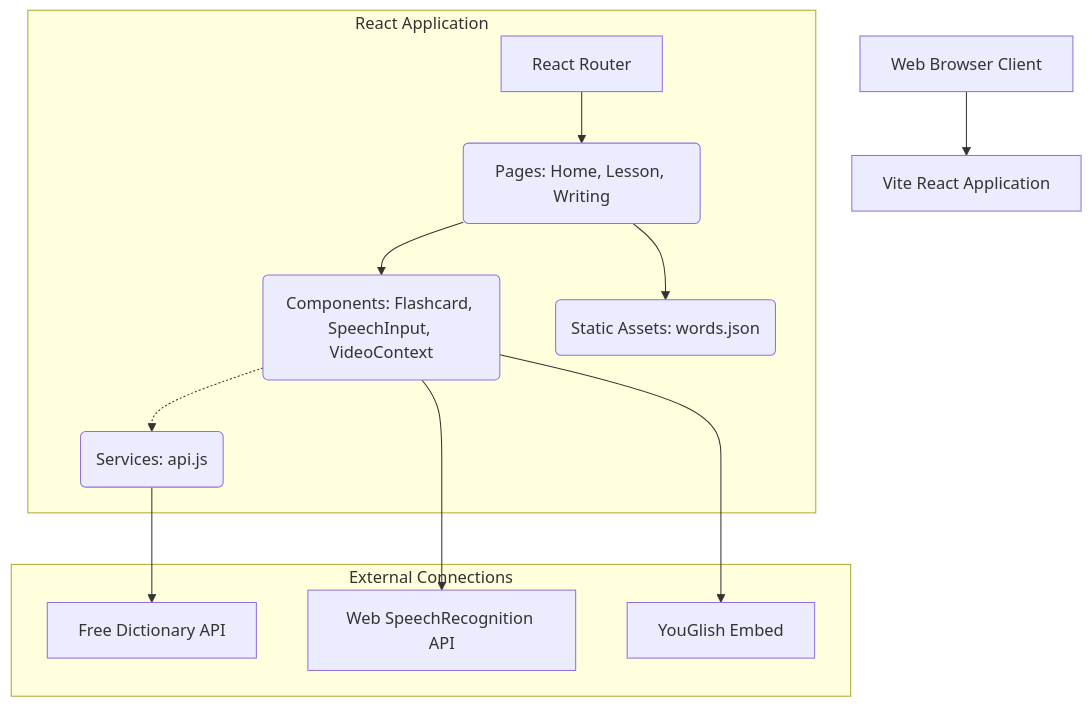
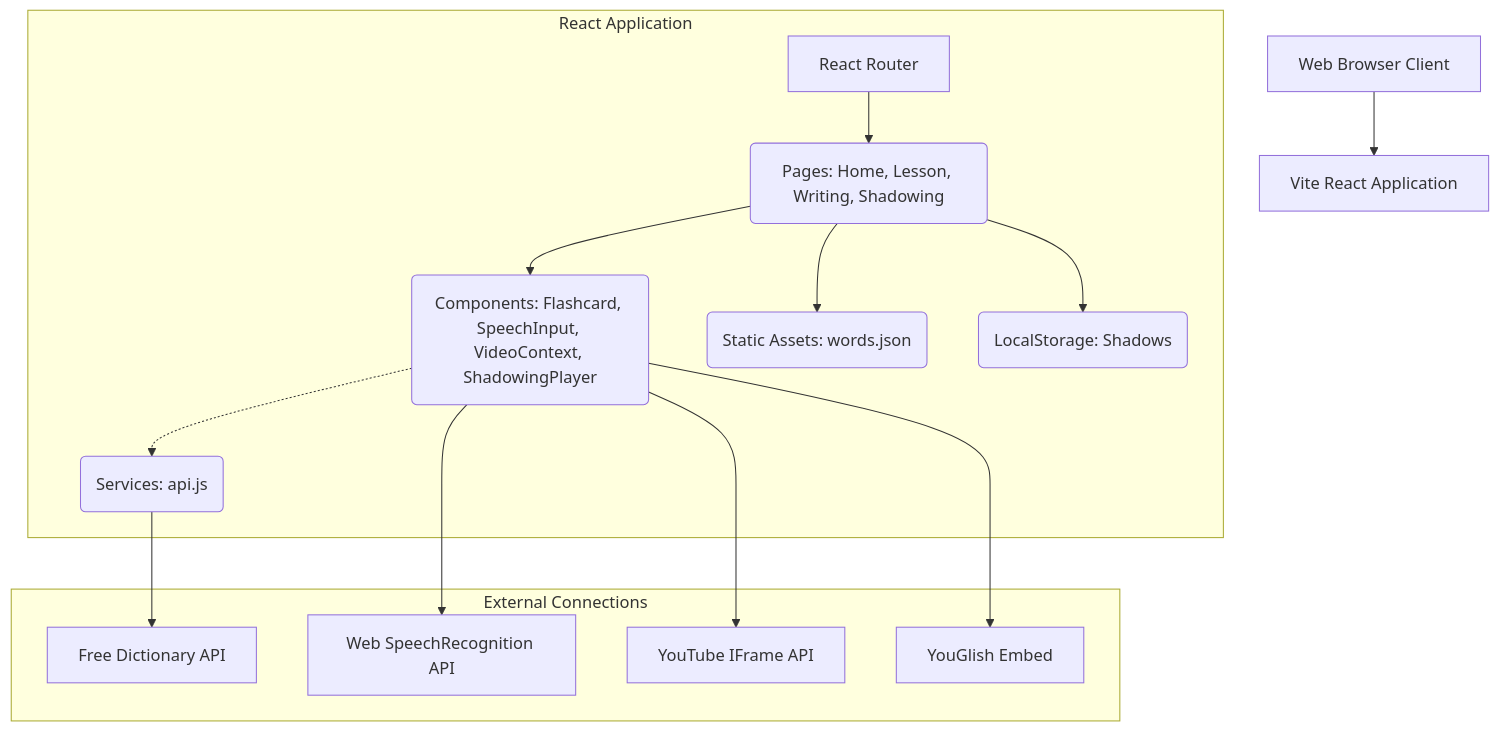
The diagram in docs/system-architecture.md (Sotatek-HienNguyen/Anti-greeting), drawn with Mermaid before and after one commit. The commit also changed other lines of this file and 57 other files, not shown here.

````diff
--- a/docs/system-architecture.md
+++ b/docs/system-architecture.md
@@ -9,23 +9,26 @@
 ```mermaid
 graph TD
     Client[Web Browser Client] --> ReactApp[Vite React Application]
     
     subgraph Frontend [React Application]
         Router[React Router]
-        Pages(Pages: Home, Lesson, Writing)
-        Components(Components: Flashcard, SpeechInput, VideoContext)
+        Pages(Pages: Home, Lesson, Writing, Shadowing)
+        Components(Components: Flashcard, SpeechInput, VideoContext, ShadowingPlayer)
         Services(Services: api.js)
         Data(Static Assets: words.json)
+        Store(LocalStorage: Shadows)
         
         Router --> Pages
         Pages --> Components
         Pages --> Data
+        Pages --> Store
         Components -.-> Services
     end
 
     subgraph External Connections
         Services --> API_Dictionary[Free Dictionary API]
         Components --> API_Speech[Web SpeechRecognition API]
+        Components --> API_YouTube[YouTube IFrame API]
         Components --> API_YouGlish[YouGlish Embed]
     end
 ```
````
